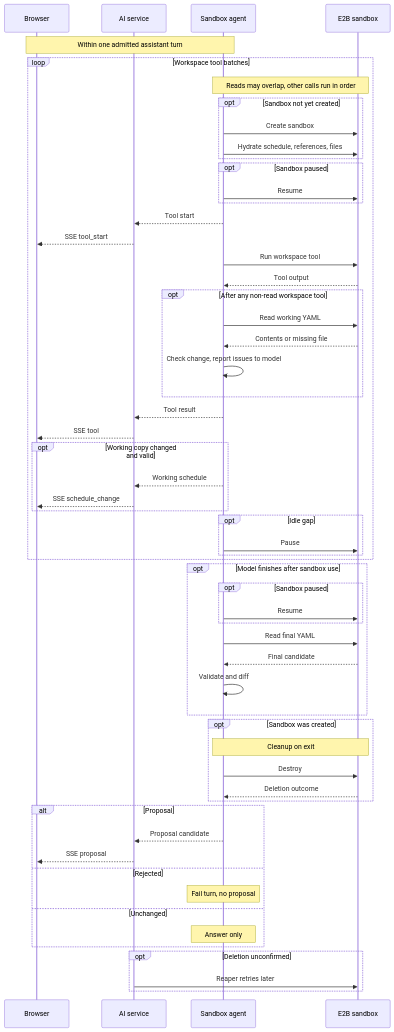
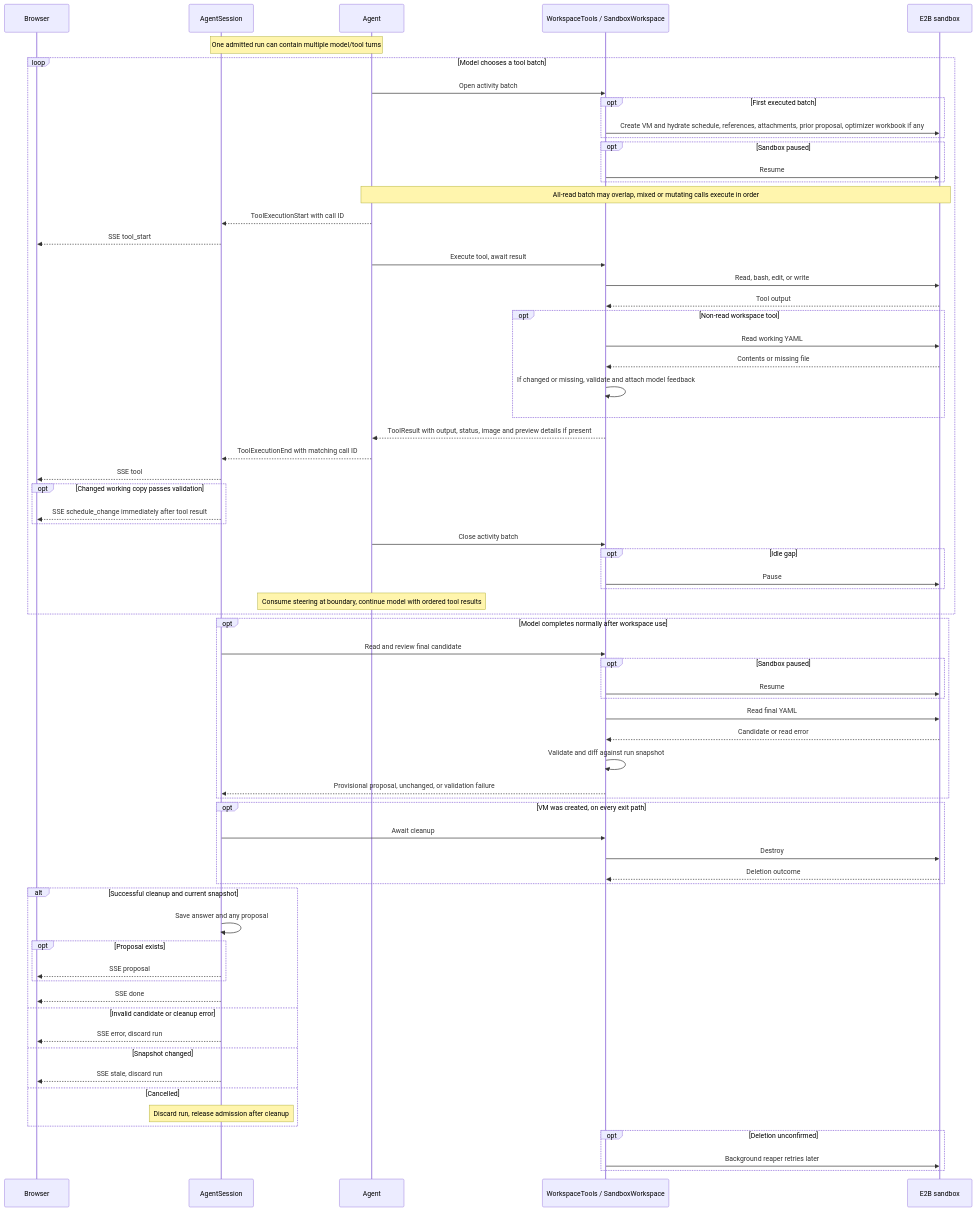
Before and after one commit to j3soon/nurse-scheduling: the fifth of 7 diagrams in docs/content/developer-guide/ai-assistant.md, drawn with Mermaid. The commit also changed other lines of this file and 20 other files, not shown here.

First line of the commit message:
refactor(core/ai): organize execution around Agent and AgentSession

````diff
--- a/docs/content/developer-guide/ai-assistant.md
+++ b/docs/content/developer-guide/ai-assistant.md
@@ -209,61 +221,72 @@
 ```mermaid
 sequenceDiagram
     participant Browser
-    participant AI as AI service
-    participant Agent as Sandbox agent
+    participant Session as AgentSession
+    participant Agent
+    participant Workspace as WorkspaceTools / SandboxWorkspace
     participant E2B as E2B sandbox
 
-    Note over Browser,Agent: Within one admitted assistant turn
-    loop Workspace tool batches
-        Note over Agent,E2B: Reads may overlap, other calls run in order
-        opt Sandbox not yet created
-            Agent->>E2B: Create sandbox
-            Agent->>E2B: Hydrate schedule, references, files
+    Note over Session,Agent: One admitted run can contain multiple model/tool turns
+    loop Model chooses a tool batch
+        Agent->>Workspace: Open activity batch
+        opt First executed batch
+            Workspace->>E2B: Create VM and hydrate schedule, references, attachments, prior proposal, optimizer workbook if any
         end
         opt Sandbox paused
-            Agent->>E2B: Resume
+            Workspace->>E2B: Resume
         end
-        Agent-->>AI: Tool start
-        AI-->>Browser: SSE tool_start
-        Agent->>E2B: Run workspace tool
-        E2B-->>Agent: Tool output
-        opt After any non-read workspace tool
-            Agent->>E2B: Read working YAML
-            E2B-->>Agent: Contents or missing file
-            Agent->>Agent: Check change, report issues to model
+        Note over Agent,E2B: All-read batch may overlap, mixed or mutating calls execute in order
+        Agent-->>Session: ToolExecutionStart with call ID
+        Session-->>Browser: SSE tool_start
+        Agent->>Workspace: Execute tool, await result
+        Workspace->>E2B: Read, bash, edit, or write
+        E2B-->>Workspace: Tool output
+        opt Non-read workspace tool
+            Workspace->>E2B: Read working YAML
+            E2B-->>Workspace: Contents or missing file
+            Workspace->>Workspace: If changed or missing, validate and attach model feedback
         end
-        Agent-->>AI: Tool result
-        AI-->>Browser: SSE tool
-        opt Working copy changed and valid
-            Agent-->>AI: Working schedule
-            AI-->>Browser: SSE schedule_change
+        Workspace-->>Agent: ToolResult with output, status, image and preview details if present
+        Agent-->>Session: ToolExecutionEnd with matching call ID
+        Session-->>Browser: SSE tool
+        opt Changed working copy passes validation
+            Session-->>Browser: SSE schedule_change immediately after tool result
         end
+        Agent->>Workspace: Close activity batch
         opt Idle gap
-            Agent->>E2B: Pause
+            Workspace->>E2B: Pause
         end
+        Note over Agent: Consume steering at boundary, continue model with ordered tool results
     end
-    opt Model finishes after sandbox use
+    opt Model completes normally after workspace use
+        Session->>Workspace: Read and review final candidate
         opt Sandbox paused
-            Agent->>E2B: Resume
+            Workspace->>E2B: Resume
         end
-        Agent->>E2B: Read final YAML
-        E2B-->>Agent: Final candidate
-        Agent->>Agent: Validate and diff
+        Workspace->>E2B: Read final YAML
+        E2B-->>Workspace: Candidate or read error
+        Workspace->>Workspace: Validate and diff against run snapshot
+        Workspace-->>Session: Provisional proposal, unchanged, or validation failure
     end
-    opt Sandbox was created
-        Note over Agent,E2B: Cleanup on exit
-        Agent->>E2B: Destroy
-        E2B-->>Agent: Deletion outcome
+    opt VM was created, on every exit path
+        Session->>Workspace: Await cleanup
+        Workspace->>E2B: Destroy
+        E2B-->>Workspace: Deletion outcome
     end
-    alt Proposal
-        Agent-->>AI: Proposal candidate
-        AI-->>Browser: SSE proposal
-    else Rejected
-        Note over Agent: Fail turn, no proposal
-    else Unchanged
-        Note over Agent: Answer only
+    alt Successful cleanup and current snapshot
+        Session->>Session: Save answer and any proposal
+        opt Proposal exists
+            Session-->>Browser: SSE proposal
+        end
+        Session-->>Browser: SSE done
+    else Invalid candidate or cleanup error
+        Session-->>Browser: SSE error, discard run
+    else Snapshot changed
+        Session-->>Browser: SSE stale, discard run
+    else Cancelled
+        Note over Session: Discard run, release admission after cleanup
     end
     opt Deletion unconfirmed
-        AI->>E2B: Reaper retries later
+        Workspace->>E2B: Background reaper retries later
     end
 ```
````
